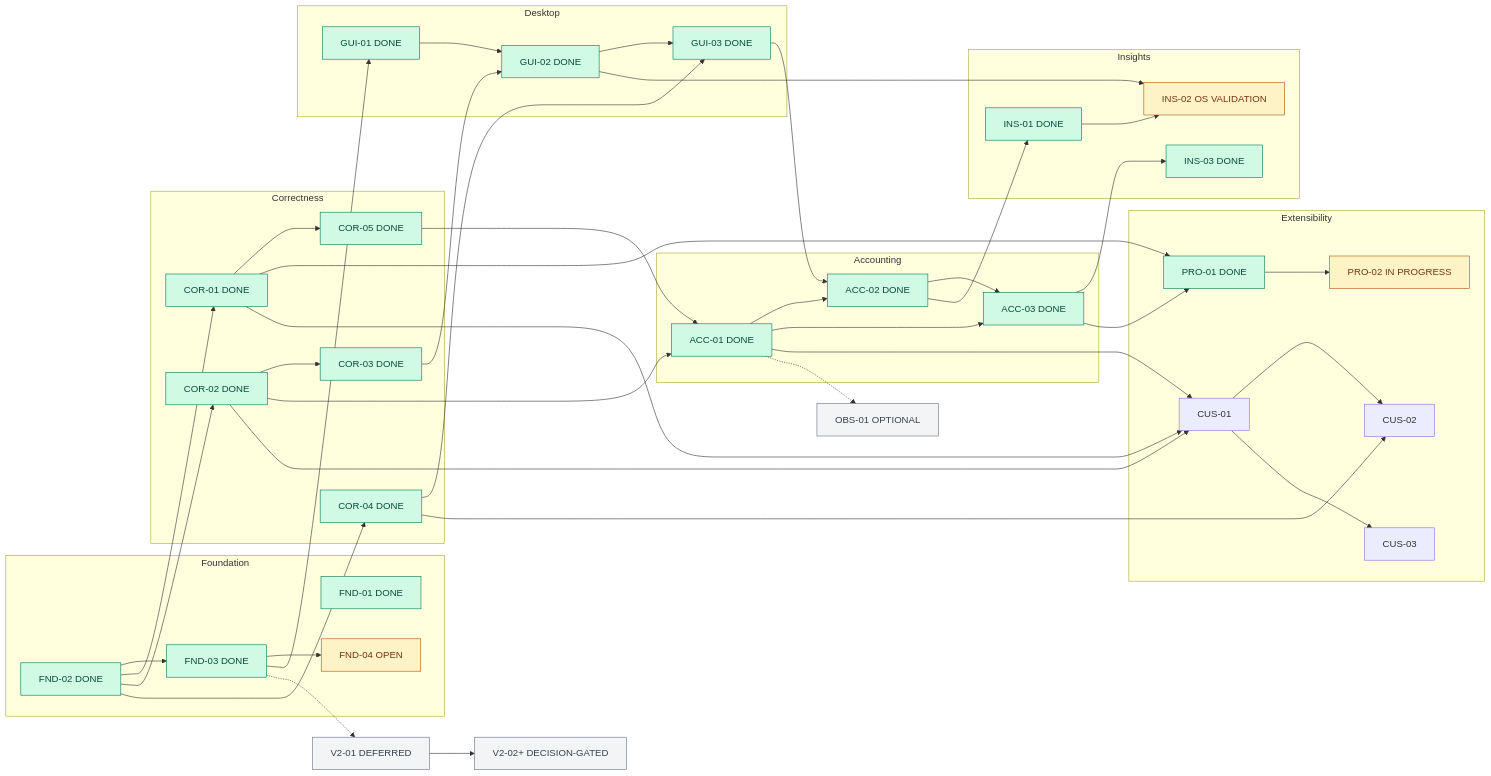
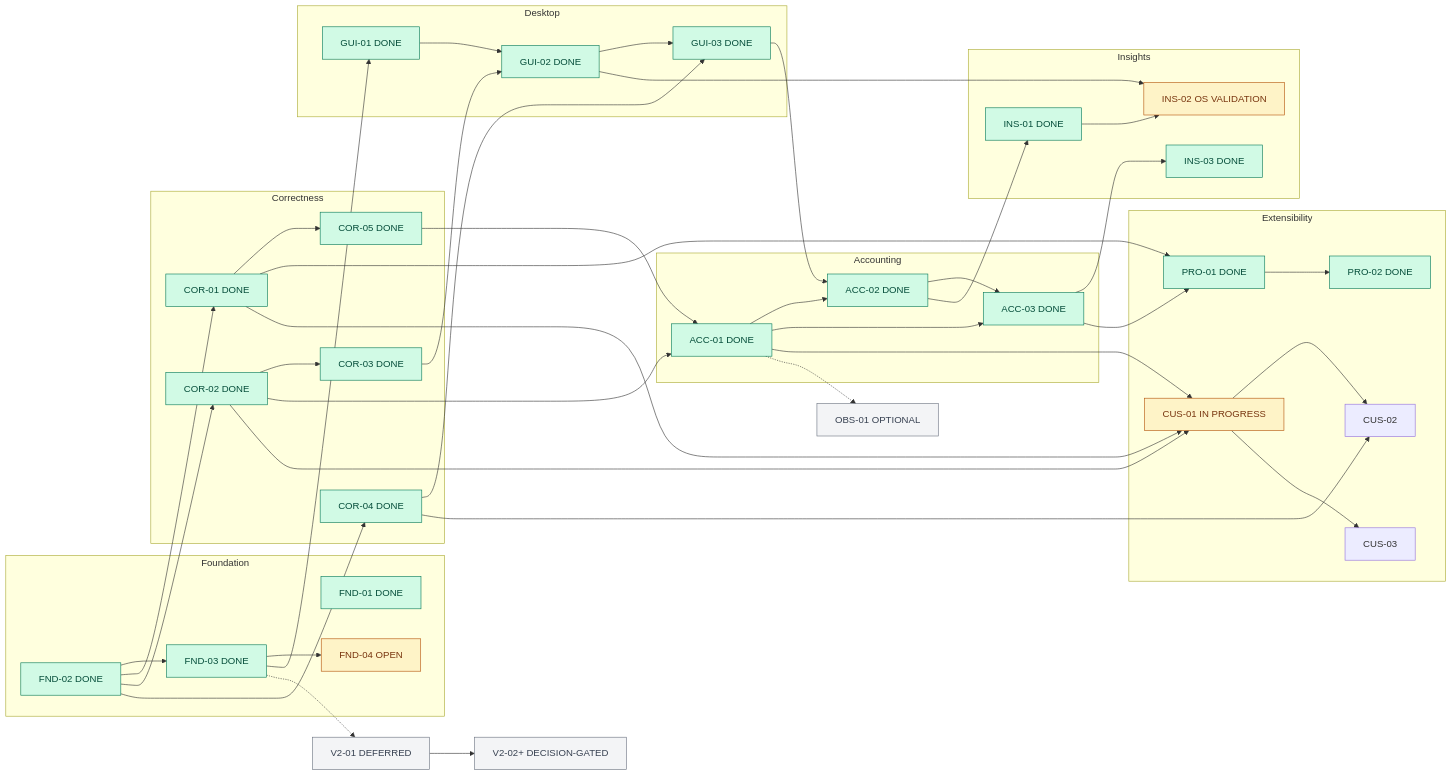
Before and after one commit to slkiser/opencode-quota: the second of 2 diagrams in docs/UPSTREAM_DELIVERY_PLAN.md, drawn with Mermaid. The commit also changed other lines of this file and 17 other files, not shown here.

````diff
--- a/docs/UPSTREAM_DELIVERY_PLAN.md
+++ b/docs/UPSTREAM_DELIVERY_PLAN.md
@@ -182,57 +182,57 @@
 ```mermaid
 flowchart LR
   subgraph Foundation
     F01["FND-01 DONE"]
     F02["FND-02 DONE"] --> F03["FND-03 DONE"]
     F03 --> F04["FND-04 OPEN"]
   end
   subgraph Correctness
     F02 --> C01["COR-01 DONE"]
     F02 --> C02["COR-02 DONE"]
     C02 --> C03["COR-03 DONE"]
     F02 --> C04["COR-04 DONE"]
     C01 --> C05["COR-05 DONE"]
   end
   subgraph Desktop
     F03 --> G01["GUI-01 DONE"]
     G01 --> G02["GUI-02 DONE"]
     C03 --> G02
     G02 --> G03["GUI-03 DONE"]
     C04 --> G03
   end
   subgraph Accounting
     C02 --> A01["ACC-01 DONE"]
     C05 --> A01
     A01 --> A02["ACC-02 DONE"]
     G03 --> A02
     A01 --> A03["ACC-03 DONE"]
     A02 --> A03
   end
   subgraph Insights
     A02 --> I01["INS-01 DONE"]
     I01 --> I02["INS-02 OS VALIDATION"]
     G02 --> I02
     A03 --> I03["INS-03 DONE"]
   end
   subgraph Extensibility
     A03 --> P01["PRO-01 DONE"]
     C01 --> P01
-    P01 --> P02["PRO-02 IN PROGRESS"]
-    A01 --> U01["CUS-01"]
+    P01 --> P02["PRO-02 DONE"]
+    A01 --> U01["CUS-01 IN PROGRESS"]
     C01 --> U01
     C02 --> U01
     U01 --> U02["CUS-02"]
     C04 --> U02
     U01 --> U03["CUS-03"]
   end
   A01 -.-> O01["OBS-01 OPTIONAL"]
   F03 -.-> V01["V2-01 DEFERRED"]
   V01 --> V02["V2-02+ DECISION-GATED"]
   classDef done fill:#d1fae5,stroke:#047857,color:#064e3b;
   classDef active fill:#fef3c7,stroke:#b45309,color:#78350f;
   classDef ready fill:#dbeafe,stroke:#2563eb,color:#1e3a8a;
   classDef optional fill:#f3f4f6,stroke:#6b7280,color:#374151;
-  class F01,F02,F03,C01,C02,C03,C04,C05,G01,G02,G03,A01,A02,A03,I01,I03,P01 done;
-  class F04,I02,P02 active;
+  class F01,F02,F03,C01,C02,C03,C04,C05,G01,G02,G03,A01,A02,A03,I01,I03,P01,P02 done;
+  class F04,I02,U01 active;
   class O01,V01,V02 optional;
 ```
````
